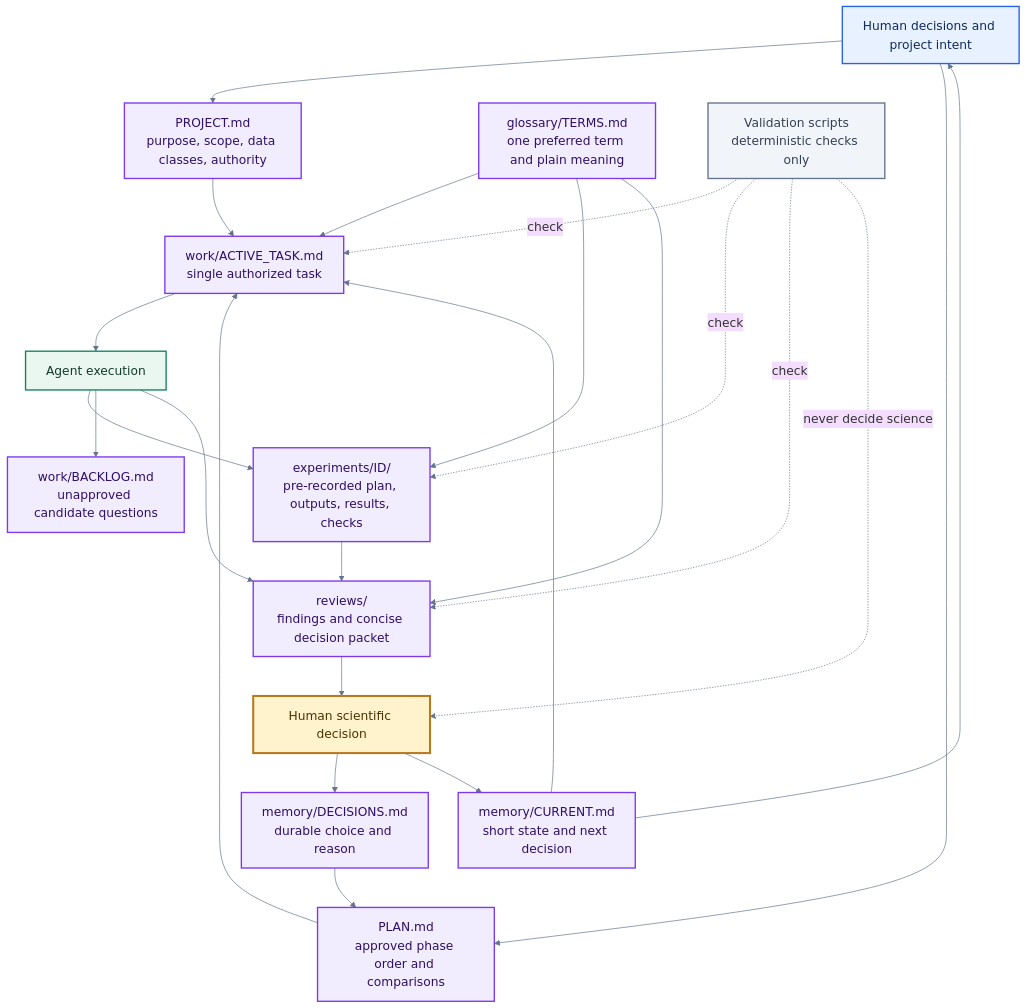
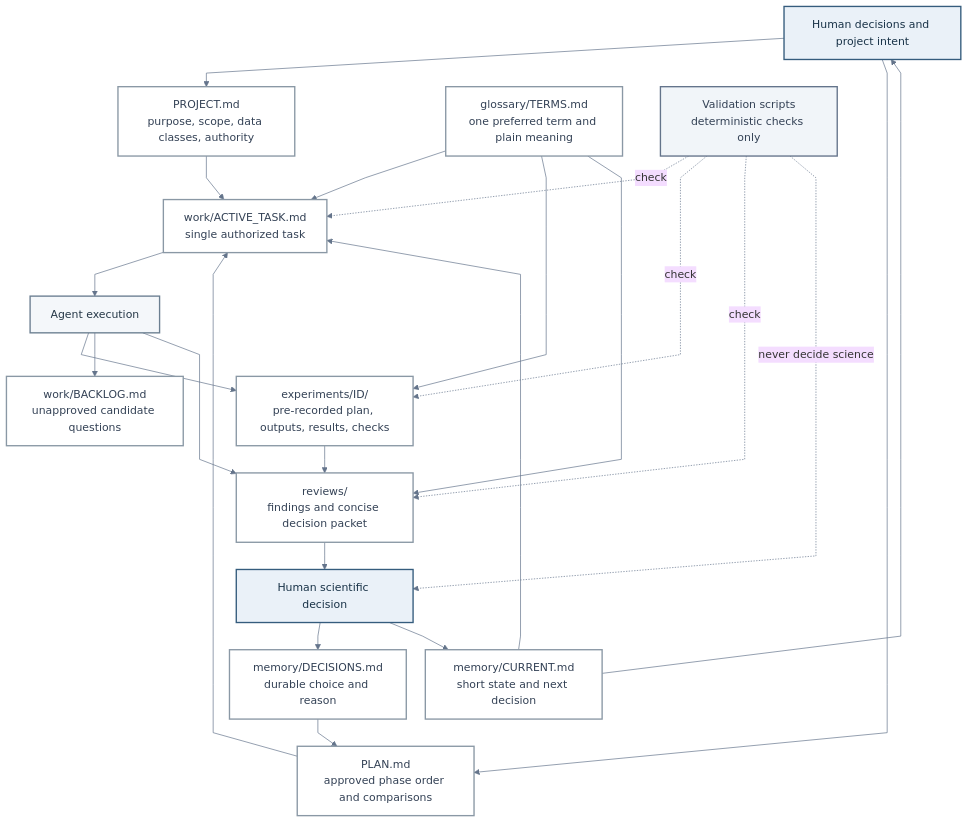
The seventh of 8 diagrams in workflow/PROCESS_MAP.md (Jhziiiig/research-agent-template), drawn with Mermaid before and after one commit. The commit also changed other lines of this file and 2 other files, not shown here.

````diff
--- a/workflow/PROCESS_MAP.md
+++ b/workflow/PROCESS_MAP.md
@@ -206,42 +206,42 @@
 ```mermaid
-%%{init: {"theme":"base","themeVariables":{"fontFamily":"Arial, sans-serif","fontSize":"18px","lineColor":"#64748B"},"flowchart":{"curve":"basis","nodeSpacing":44,"rankSpacing":58,"htmlLabels":true}}}%%
+%%{init: {"theme":"base","themeVariables":{"fontFamily":"Arial, sans-serif","fontSize":"16px","lineColor":"#64748B"},"flowchart":{"curve":"linear","nodeSpacing":28,"rankSpacing":40,"htmlLabels":true}}}%%
 flowchart TB
     Human[Human decisions and project intent] --> Project[PROJECT.md<br/>purpose, scope, data classes, authority]
     Human --> Plan[PLAN.md<br/>approved phase order and comparisons]
     Project --> Active[work/ACTIVE_TASK.md<br/>single authorized task]
     Plan --> Active
     Current[memory/CURRENT.md<br/>short state and next decision] --> Active
 
     Active --> Agent[Agent execution]
     Agent --> Experiment[experiments/ID/<br/>pre-recorded plan, outputs, results, checks]
     Agent --> Backlog[work/BACKLOG.md<br/>unapproved candidate questions]
     Agent --> Review[reviews/<br/>findings and concise decision packet]
 
     Experiment --> Review
     Review --> HumanGate[Human scientific decision]
     HumanGate --> Decisions[memory/DECISIONS.md<br/>durable choice and reason]
     HumanGate --> Current
     Decisions --> Plan
     Current --> Human
 
     Terms[glossary/TERMS.md<br/>one preferred term and plain meaning] --> Active
     Terms --> Experiment
     Terms --> Review
 
     Scripts[Validation scripts<br/>deterministic checks only] -. check .-> Active
     Scripts -. check .-> Experiment
     Scripts -. check .-> Review
     Scripts -. never decide science .-> HumanGate
 
-    classDef human fill:#E8F1FF,stroke:#2563EB,color:#0F2B5B,stroke-width:2px;
-    classDef gate fill:#FFF3CD,stroke:#B7791F,color:#4A3300,stroke-width:3px;
-    classDef agent fill:#EAF7F0,stroke:#16825D,color:#123C2E,stroke-width:2px;
-    classDef file fill:#F2ECFF,stroke:#7C3AED,color:#2E1065,stroke-width:2px;
+    classDef human fill:#EAF1F8,stroke:#355C7D,color:#183247,stroke-width:2px;
+    classDef gate fill:#EAF1F8,stroke:#355C7D,color:#183247,stroke-width:2px;
+    classDef agent fill:#F4F7FA,stroke:#6B7F91,color:#243746,stroke-width:2px;
+    classDef file fill:#FFFFFF,stroke:#8A98A5,color:#334155,stroke-width:2px;
     classDef check fill:#F1F5F9,stroke:#64748B,color:#334155,stroke-width:2px;
 
     class Human human;
     class HumanGate gate;
     class Agent agent;
     class Project,Plan,Active,Current,Experiment,Backlog,Review,Decisions,Terms file;
     class Scripts check;
 ```
````
